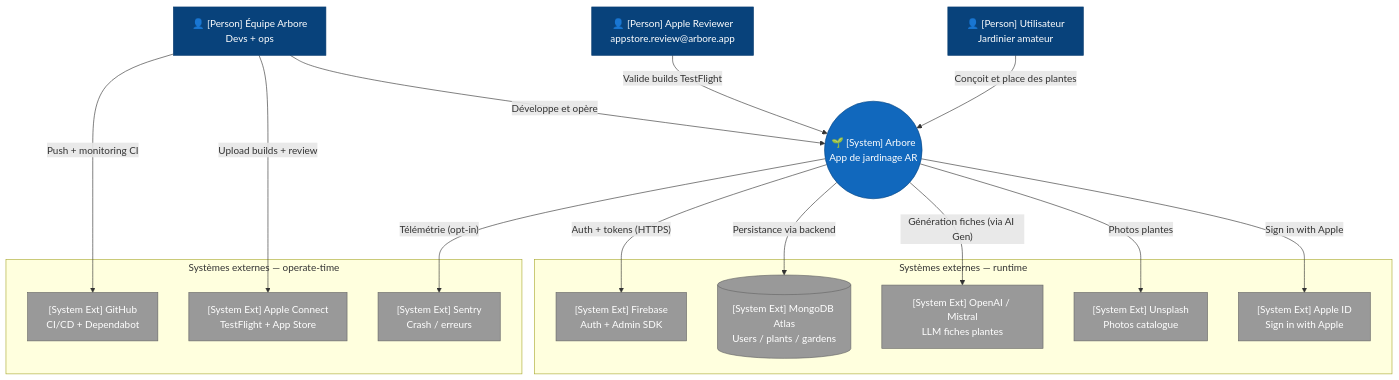
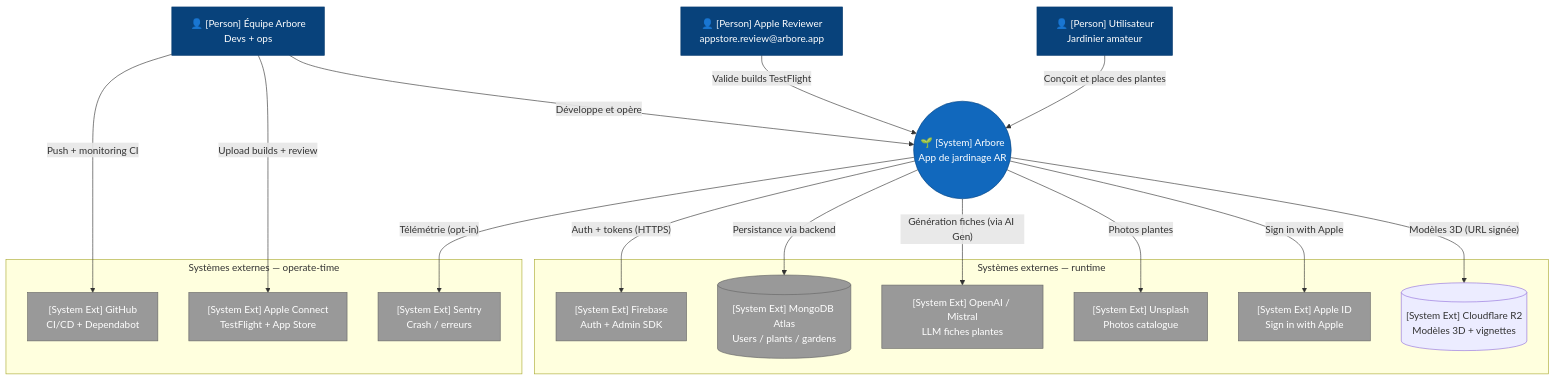
One commit to ArboreTeam/Arbore changed the diagram in docs/fr/architecture/01-context.md. Above: the diagram before and after it, drawn with Mermaid. The commit also changed 11 other files, not shown here.

````diff
--- a/docs/fr/architecture/01-context.md
+++ b/docs/fr/architecture/01-context.md
@@ -9,47 +9,49 @@
 ```mermaid
 flowchart TB
     %% Acteurs
     user["👤 [Person] Utilisateur<br/>Jardinier amateur"]
     reviewer["👤 [Person] Apple Reviewer<br/>appstore.review@arbore.app"]
     team["👤 [Person] Équipe Arbore<br/>Devs + ops"]
 
     %% Système central
     arbore(("🌱 [System] Arbore<br/>App de jardinage AR"))
 
     %% Systèmes externes runtime
     subgraph runtime["Systèmes externes — runtime"]
         firebase["[System Ext] Firebase<br/>Auth + Admin SDK"]
         mongo[("[System Ext] MongoDB Atlas<br/>Users / plants / gardens")]
         openai["[System Ext] OpenAI / Mistral<br/>LLM fiches plantes"]
         unsplash["[System Ext] Unsplash<br/>Photos catalogue"]
         apple_id["[System Ext] Apple ID<br/>Sign in with Apple"]
+        r2[("[System Ext] Cloudflare R2<br/>Modèles 3D + vignettes")]
     end
 
     %% Systèmes externes operate-time
     subgraph operate["Systèmes externes — operate-time"]
         github["[System Ext] GitHub<br/>CI/CD + Dependabot"]
         appstore["[System Ext] Apple Connect<br/>TestFlight + App Store"]
         sentry["[System Ext] Sentry<br/>Crash / erreurs"]
     end
 
     user      -- "Conçoit et place des plantes"        --> arbore
     reviewer  -- "Valide builds TestFlight"            --> arbore
     team      -- "Développe et opère"                  --> arbore
 
     arbore    -- "Auth + tokens (HTTPS)"               --> firebase
     arbore    -- "Sign in with Apple"                  --> apple_id
     arbore    -- "Persistance via backend"             --> mongo
     arbore    -- "Génération fiches (via AI Gen)"      --> openai
     arbore    -- "Photos plantes"                      --> unsplash
+    arbore    -- "Modèles 3D (URL signée)"             --> r2
     arbore    -- "Télémétrie (opt-in)"                 --> sentry
 
     team      -- "Push + monitoring CI"                --> github
     team      -- "Upload builds + review"              --> appstore
 
     classDef person fill:#08427B,stroke:#073B6F,color:#fff
     classDef system fill:#1168BD,stroke:#0B4884,color:#fff
     classDef ext    fill:#999,stroke:#666,color:#fff
     class user,reviewer,team person
     class arbore system
     class firebase,mongo,openai,unsplash,apple_id,github,appstore,sentry ext
 ```
````
